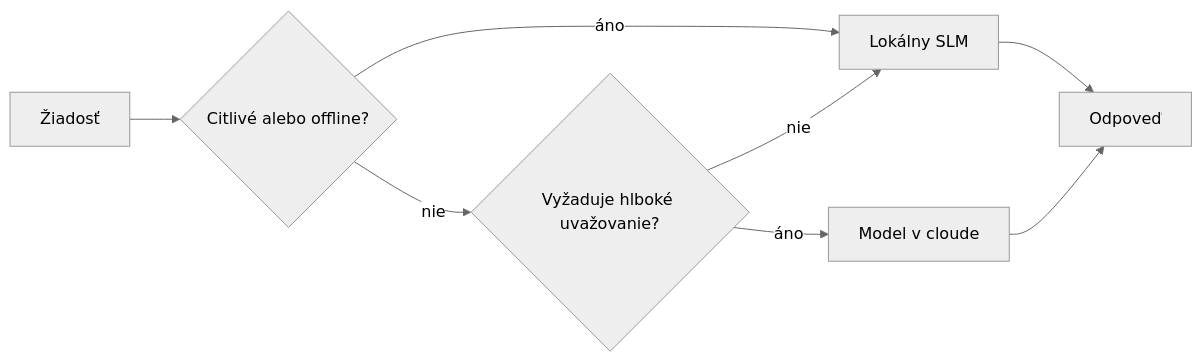
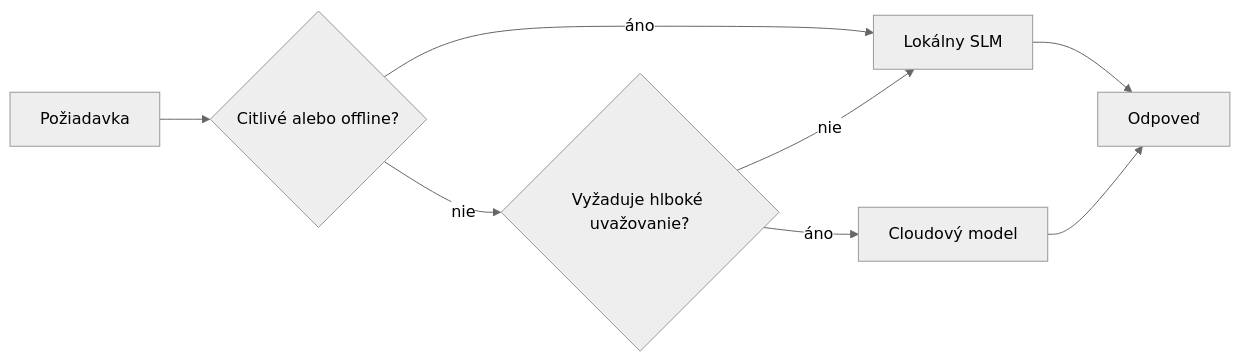
Before and after one commit to microsoft/ai-agents-for-beginners: the fourth of 4 diagrams in translations/sk/17-creating-local-ai-agents/README.md, drawn with Mermaid (neutral theme). The commit also changed other lines of this file and 46 other files, not shown here.

````diff
--- a/translations/sk/17-creating-local-ai-agents/README.md
+++ b/translations/sk/17-creating-local-ai-agents/README.md
@@ -156,10 +156,10 @@
 ```mermaid
 flowchart LR
-    Q[Žiadosť] --> S{Citlivé alebo offline?}
+    Q[Požiadavka] --> S{Citlivé alebo offline?}
     S -->|áno| L[Lokálny SLM]
     S -->|nie| C{Vyžaduje hlboké uvažovanie?}
     C -->|nie| L
-    C -->|áno| Cloud[Model v cloude]
+    C -->|áno| Cloud[Cloudový model]
     L --> Out[Odpoveď]
     Cloud --> Out
 ```
````
